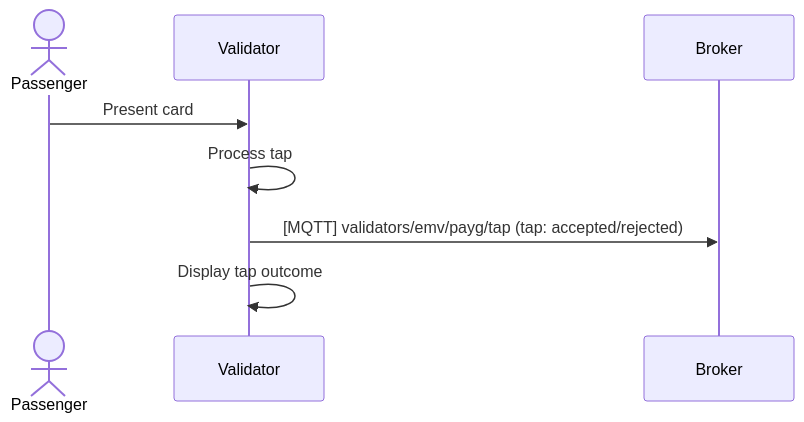
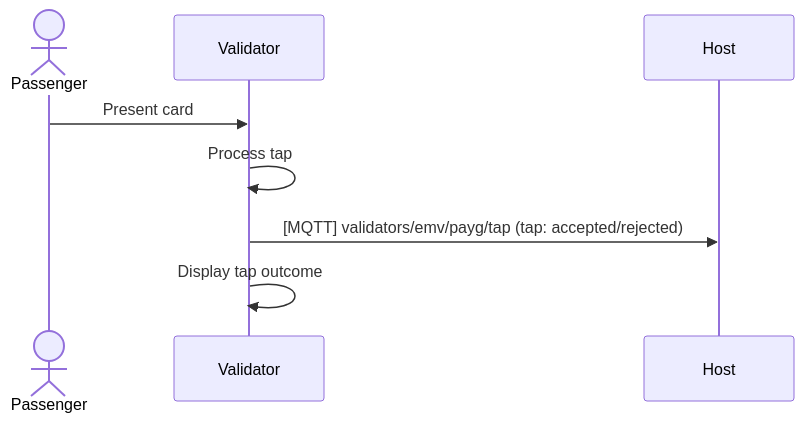
The second of 2 diagrams in specifications/validators/emv/payg/payg.md (Fara-AS/hwb), drawn with Mermaid before and after one commit. The commit also changed other lines of this file and 18 other files, not shown here.

Commit message:
fix: correct EMV spec schemas, docs and add validation fixtures

````diff
--- a/specifications/validators/emv/payg/payg.md
+++ b/specifications/validators/emv/payg/payg.md
@@ -23,11 +23,11 @@
 ```mermaid
 sequenceDiagram
     actor Passenger
     participant Validator
-    participant Broker
+    participant Host
 
     Passenger->>Validator: Present card
     Validator->>Validator: Process tap
-    Validator->>Broker: [MQTT] validators/emv/payg/tap (tap: accepted/rejected)
+    Validator->>Host: [MQTT] validators/emv/payg/tap (tap: accepted/rejected)
     Validator->>Validator: Display tap outcome
 ```
````
